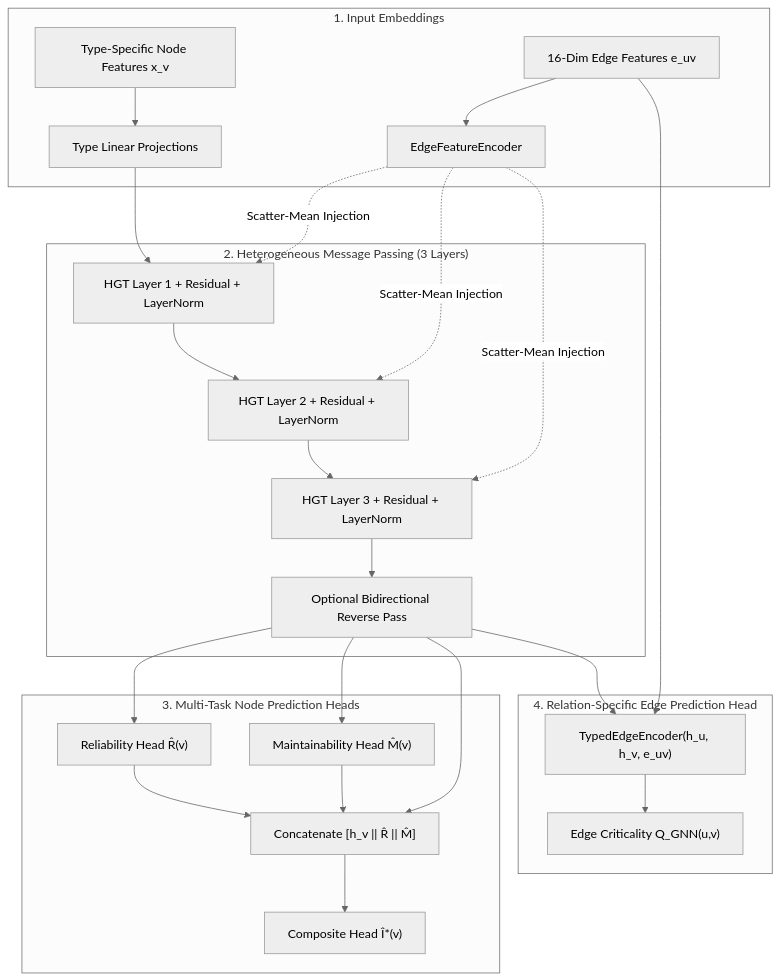
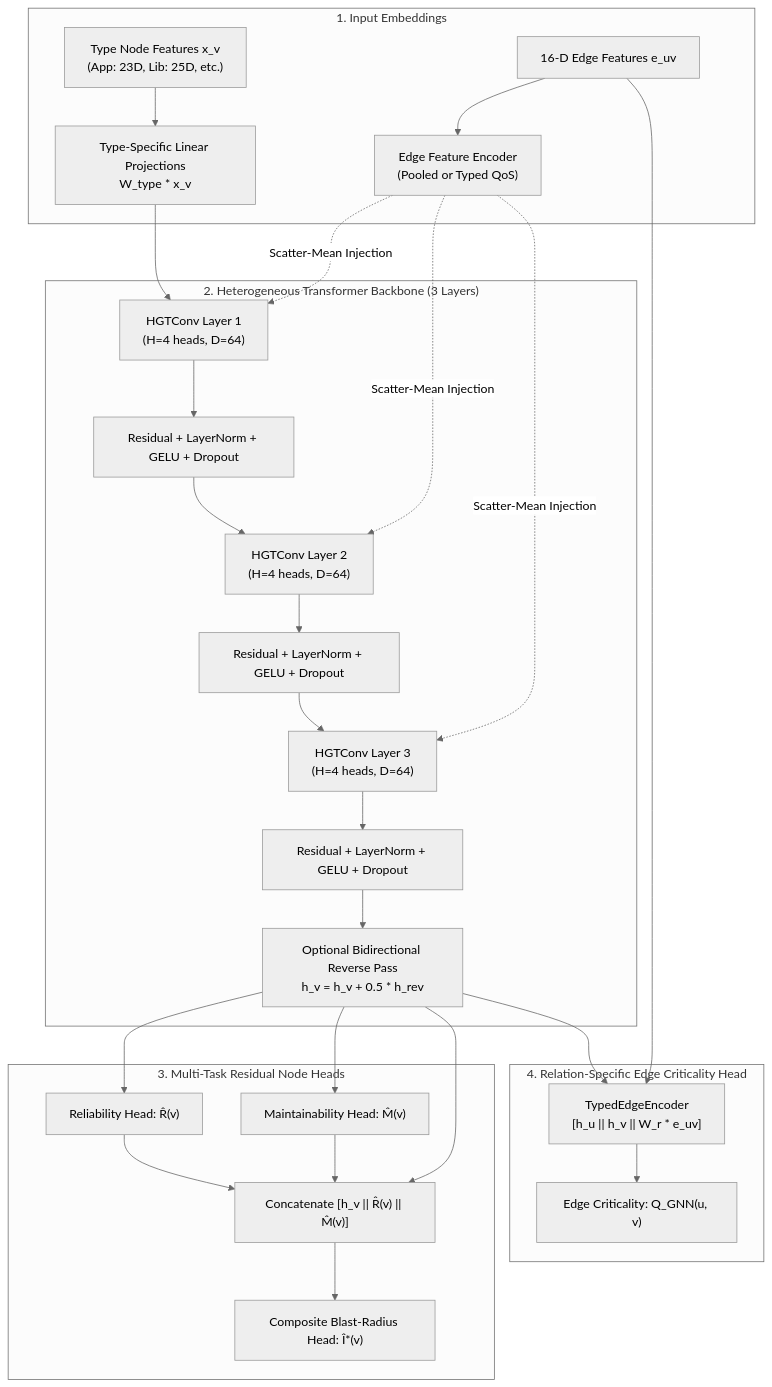
The third of 5 diagrams in docs/prediction.md (onuralpyigit/software-as-a-graph), drawn with Mermaid (neutral theme) before and after one commit. The commit also changed other lines of this file and 16 other files, not shown here.

````diff
--- a/docs/prediction.md
+++ b/docs/prediction.md
@@ -167,32 +255,35 @@
 ```mermaid
 flowchart TD
     subgraph Input["1. Input Embeddings"]
-        X_V["Type-Specific Node Features x_v"] --> LinV["Type Linear Projections"]
-        E_UV["16-Dim Edge Features e_uv"] --> EFE["EdgeFeatureEncoder"]
+        X_V["Type Node Features x_v<br>(App: 23D, Lib: 25D, etc.)"] --> LinV["Type-Specific Linear Projections<br>W_type * x_v"]
+        E_UV["16-D Edge Features e_uv"] --> EFE["Edge Feature Encoder<br>(Pooled or Typed QoS)"]
     end
 
-    subgraph Backbone["2. Heterogeneous Message Passing (3 Layers)"]
-        LinV --> HGT1["HGT Layer 1 + Residual + LayerNorm"]
+    subgraph Backbone["2. Heterogeneous Transformer Backbone (3 Layers)"]
+        LinV --> HGT1["HGTConv Layer 1<br>(H=4 heads, D=64)"]
         EFE -.->|Scatter-Mean Injection| HGT1
-        HGT1 --> HGT2["HGT Layer 2 + Residual + LayerNorm"]
+        HGT1 --> LN1["Residual + LayerNorm + GELU + Dropout"]
+        LN1 --> HGT2["HGTConv Layer 2<br>(H=4 heads, D=64)"]
         EFE -.->|Scatter-Mean Injection| HGT2
-        HGT2 --> HGT3["HGT Layer 3 + Residual + LayerNorm"]
+        HGT2 --> LN2["Residual + LayerNorm + GELU + Dropout"]
+        LN2 --> HGT3["HGTConv Layer 3<br>(H=4 heads, D=64)"]
         EFE -.->|Scatter-Mean Injection| HGT3
-        HGT3 --> RevPass["Optional Bidirectional Reverse Pass"]
+        HGT3 --> LN3["Residual + LayerNorm + GELU + Dropout"]
+        LN3 --> REVPASS["Optional Bidirectional Reverse Pass<br>h_v = h_v + 0.5 * h_rev"]
     end
 
-    subgraph NodeHeads["3. Multi-Task Node Prediction Heads"]
-        RevPass --> HeadR["Reliability Head R̂(v)"]
-        RevPass --> HeadM["Maintainability Head M̂(v)"]
-        RevPass --> Fuse["Concatenate [h_v || R̂ || M̂]"]
-        HeadR --> Fuse
-        HeadM --> Fuse
-        Fuse --> HeadC["Composite Head Î*(v)"]
+    subgraph NodeHeads["3. Multi-Task Residual Node Heads"]
+        REVPASS --> HeadR["Reliability Head: R̂(v)"]
+        REVPASS --> HeadM["Maintainability Head: M̂(v)"]
+        REVPASS --> FUSE["Concatenate [h_v || R̂(v) || M̂(v)]"]
+        HeadR --> FUSE
+        HeadM --> FUSE
+        FUSE --> HeadC["Composite Blast-Radius Head: Î*(v)"]
     end
 
-    subgraph EdgeHead["4. Relation-Specific Edge Prediction Head"]
-        RevPass --> TEE["TypedEdgeEncoder(h_u, h_v, e_uv)"]
+    subgraph EdgeHead["4. Relation-Specific Edge Criticality Head"]
+        REVPASS --> TEE["TypedEdgeEncoder<br>[h_u || h_v || W_r * e_uv]"]
         E_UV --> TEE
-        TEE --> EdgeOut["Edge Criticality Q_GNN(u,v)"]
+        TEE --> EdgeOut["Edge Criticality: Q_GNN(u, v)"]
     end
 ```
````
